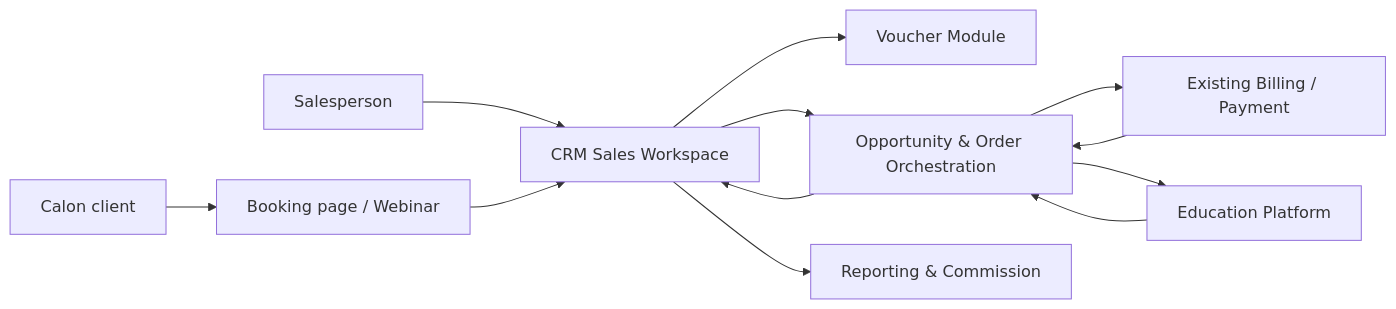
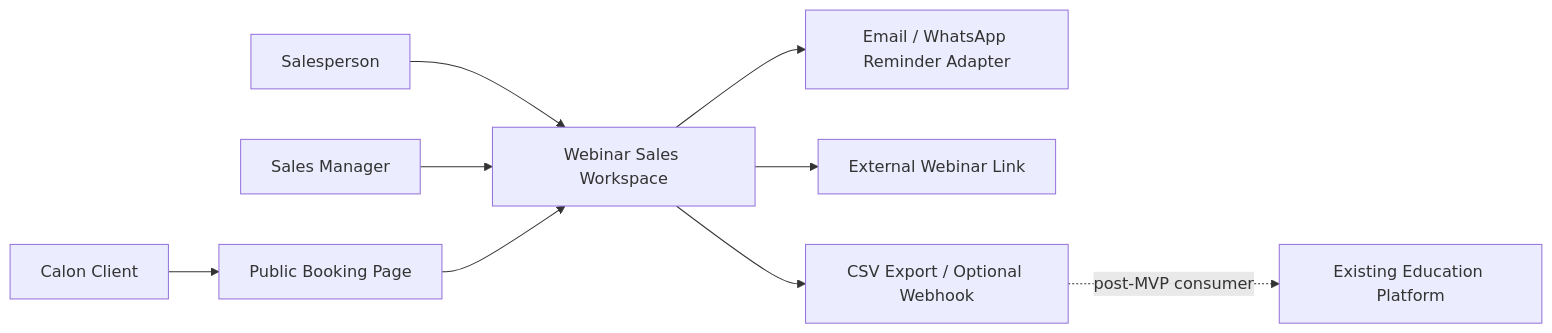
Before and after one commit to izestylusx/crm-sales-webinar-voucher: the first of 2 diagrams in site/downloads/docs/01-architecture-vision.md, drawn with Mermaid. The commit also changed other lines of this file and 50 other files, not shown here.

Commit message:
Rebaseline MVP around webinar management

````diff
--- a/site/downloads/docs/01-architecture-vision.md
+++ b/site/downloads/docs/01-architecture-vision.md
@@ -11,14 +11,11 @@
 ```mermaid
 flowchart LR
-    S[Salesperson] --> CRM[CRM Sales Workspace]
-    C[Calon client] --> WEB[Booking page / Webinar]
-    WEB --> CRM
-    CRM --> V[Voucher Module]
-    CRM --> O[Opportunity & Order Orchestration]
-    O --> P[Existing Billing / Payment]
-    O --> PLAT[Education Platform]
-    P --> O
-    PLAT --> O
-    O --> CRM
-    CRM --> R[Reporting & Commission]
+    SP[Salesperson] --> CRM[Webinar Sales Workspace]
+    MGR[Sales Manager] --> CRM
+    C[Calon Client] --> BOOK[Public Booking Page]
+    BOOK --> CRM
+    CRM --> NOTIF[Email / WhatsApp Reminder Adapter]
+    CRM --> LINK[External Webinar Link]
+    CRM --> EXP[CSV Export / Optional Webhook]
+    EXP -. post-MVP consumer .-> PLATFORM[Existing Education Platform]
 ```
````
